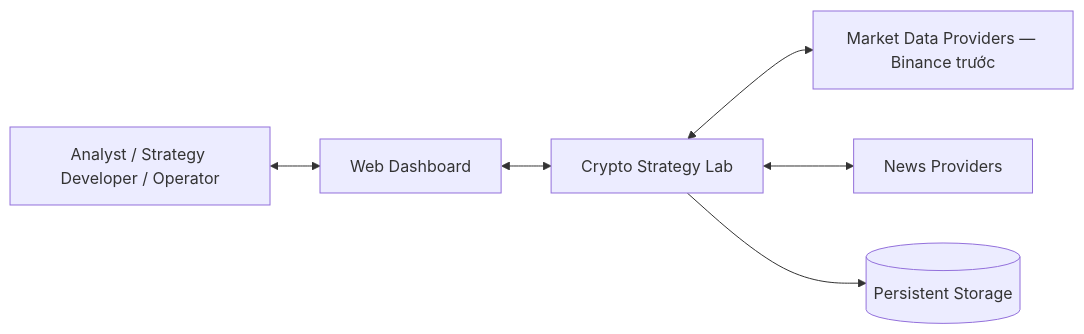
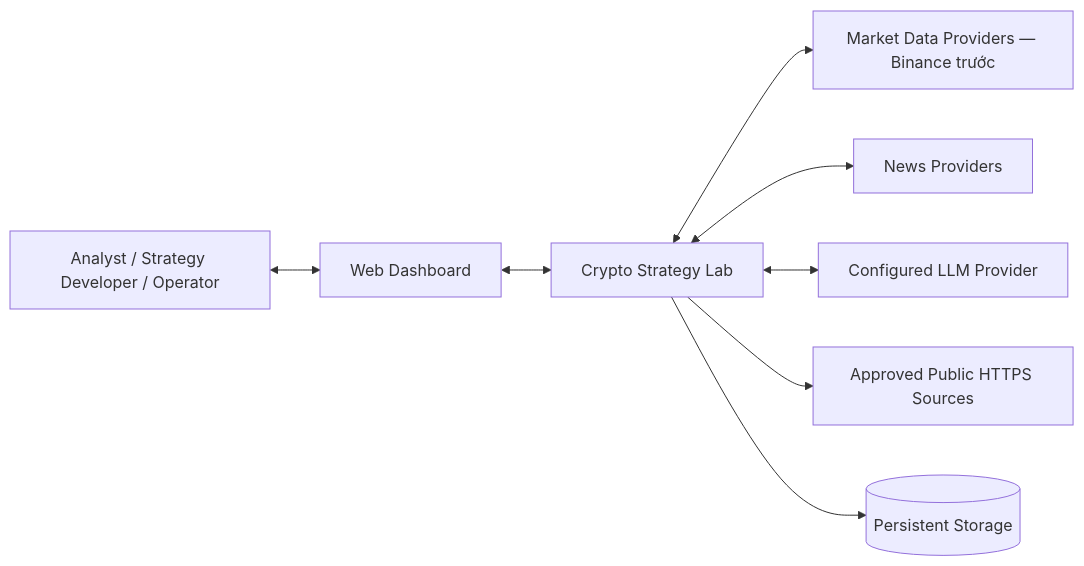
The first of 8 diagrams in docs/ARCHITECTURE.md (nhphunng/Crypto-Strategy-Lab), drawn with Mermaid before and after one commit. The commit also changed other lines of this file and 16 other files, not shown here.

````diff
--- a/docs/ARCHITECTURE.md
+++ b/docs/ARCHITECTURE.md
@@ -14,8 +14,10 @@
 ```mermaid
 flowchart LR
     USER["Analyst / Strategy Developer / Operator"] <--> WEB["Web Dashboard"]
     WEB <--> CSL["Crypto Strategy Lab"]
     CSL <--> MARKET["Market Data Providers — Binance trước"]
     CSL <--> NEWS["News Providers"]
+    CSL <--> LLM["Configured LLM Provider"]
+    CSL --> WEB_SOURCE["Approved Public HTTPS Sources"]
     CSL --> STORE[("Persistent Storage")]
 ```
````
